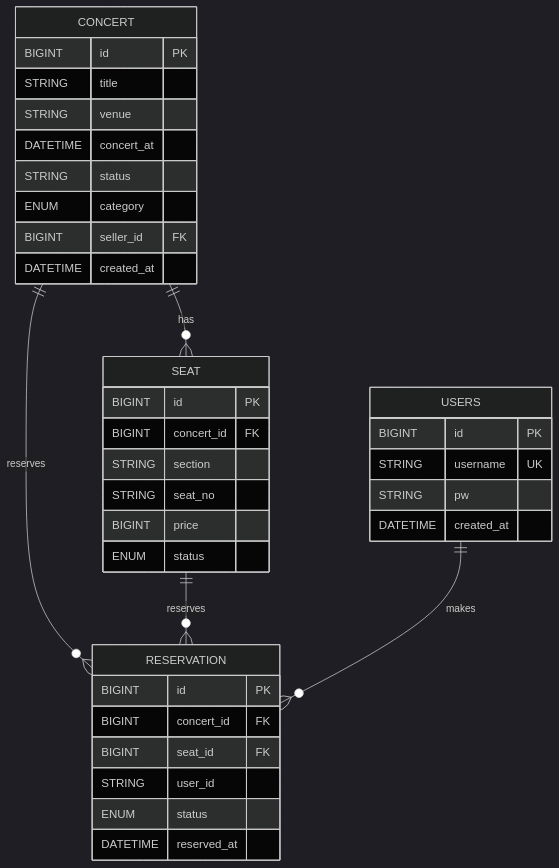
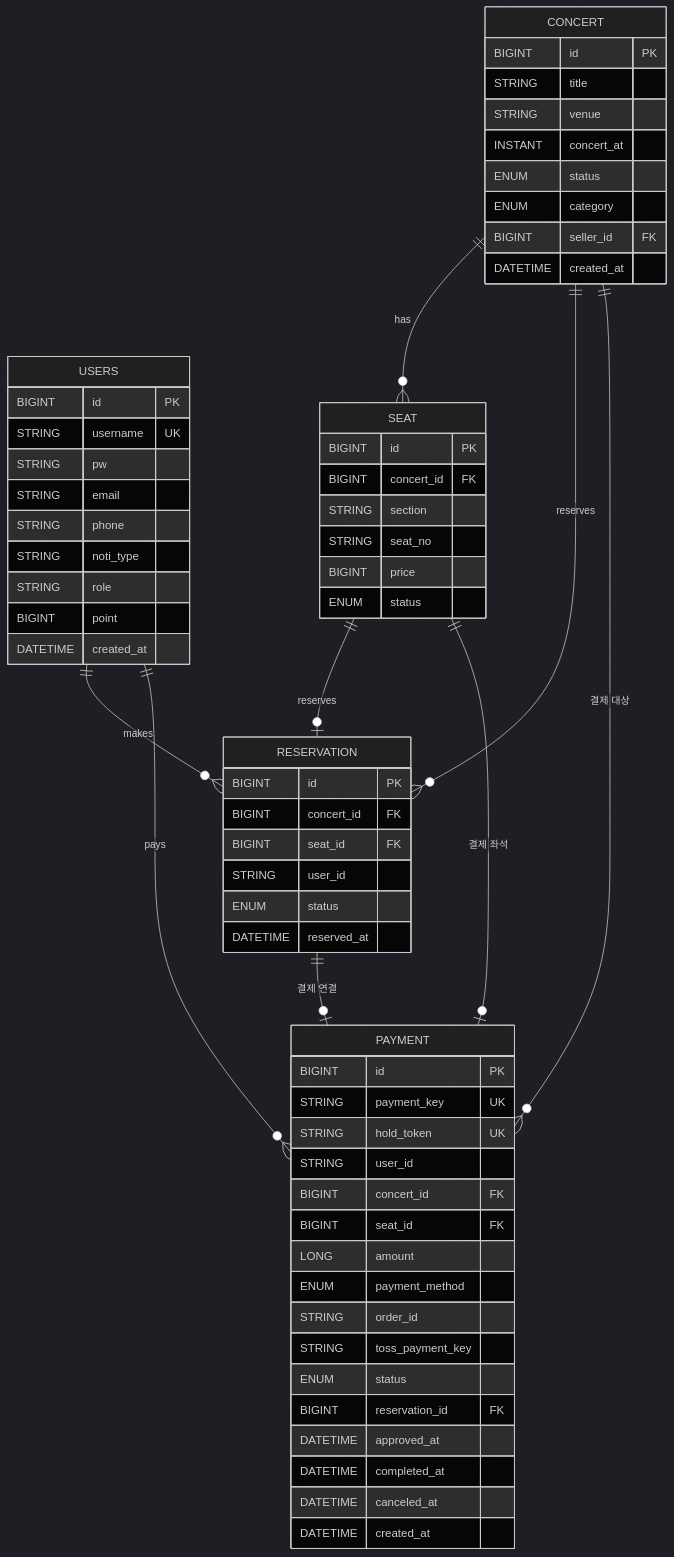
Before and after one commit to kiy3035/Ticketing: the fourth of 4 diagrams in docs/architecture.md, drawn with Mermaid (dark theme). The commit also changed other lines of this file, not shown here.

````diff
--- a/docs/architecture.md
+++ b/docs/architecture.md
@@ -158,43 +163,71 @@
 ```mermaid
 erDiagram
+    USERS ||--o{ RESERVATION : makes
+    USERS ||--o{ PAYMENT : pays
     CONCERT ||--o{ SEAT : has
     CONCERT ||--o{ RESERVATION : reserves
-    SEAT ||--o{ RESERVATION : reserves
-    USERS ||--o{ RESERVATION : makes
+    CONCERT ||--o{ PAYMENT : "결제 대상"
+    SEAT ||--o| RESERVATION : reserves
+    SEAT ||--o| PAYMENT : "결제 좌석"
+    RESERVATION ||--o| PAYMENT : "결제 연결"
+
+    USERS {
+        BIGINT id PK
+        STRING username UK
+        STRING pw
+        STRING email
+        STRING phone
+        STRING noti_type
+        STRING role
+        BIGINT point
+        DATETIME created_at
+    }
 
     CONCERT {
         BIGINT id PK
         STRING title
         STRING venue
-        DATETIME concert_at
-        STRING status
+        INSTANT concert_at
+        ENUM status
         ENUM category
         BIGINT seller_id FK
         DATETIME created_at
     }
-    
+
     SEAT {
         BIGINT id PK
         BIGINT concert_id FK
         STRING section
         STRING seat_no
         BIGINT price
         ENUM status
     }
-    
+
     RESERVATION {
         BIGINT id PK
         BIGINT concert_id FK
         BIGINT seat_id FK
         STRING user_id
         ENUM status
         DATETIME reserved_at
     }
-    
-    USERS {
+
+    PAYMENT {
         BIGINT id PK
-        STRING username UK
-        STRING pw
+        STRING payment_key UK
+        STRING hold_token UK
+        STRING user_id
+        BIGINT concert_id FK
+        BIGINT seat_id FK
+        LONG amount
+        ENUM payment_method
+        STRING order_id
+        STRING toss_payment_key
+        ENUM status
+        BIGINT reservation_id FK
+        DATETIME approved_at
+        DATETIME completed_at
+        DATETIME canceled_at
         DATETIME created_at
     }
 ```
````
